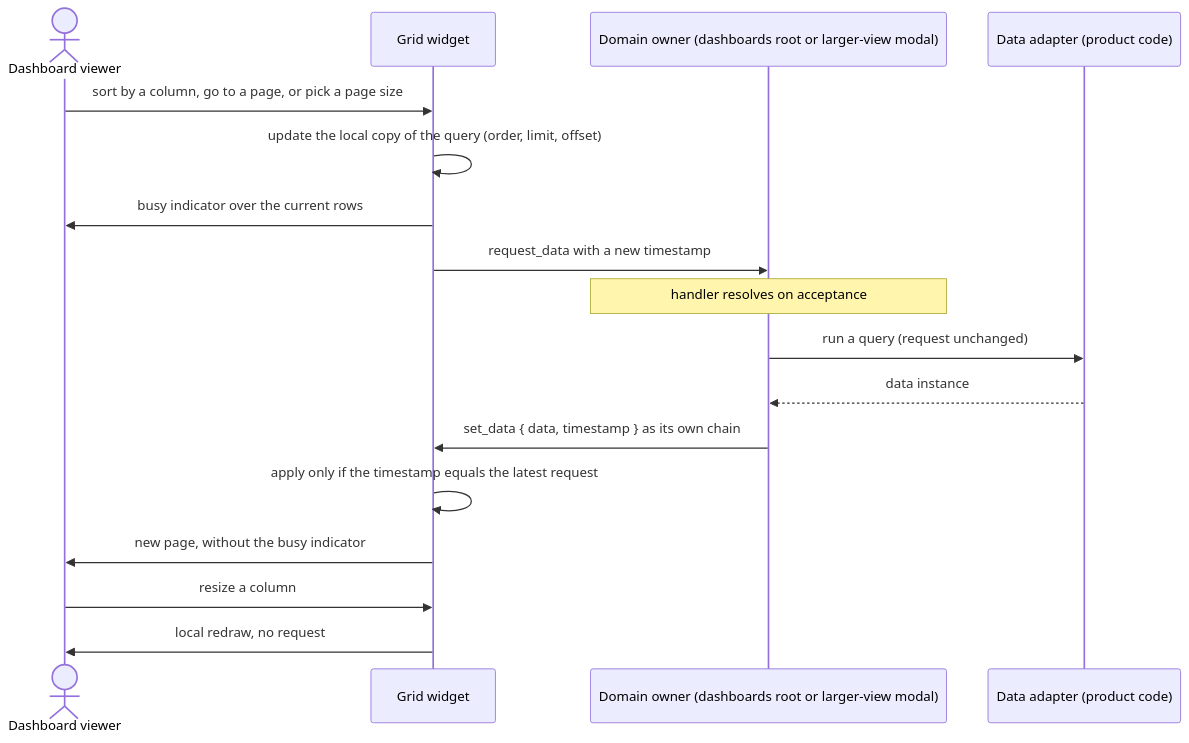
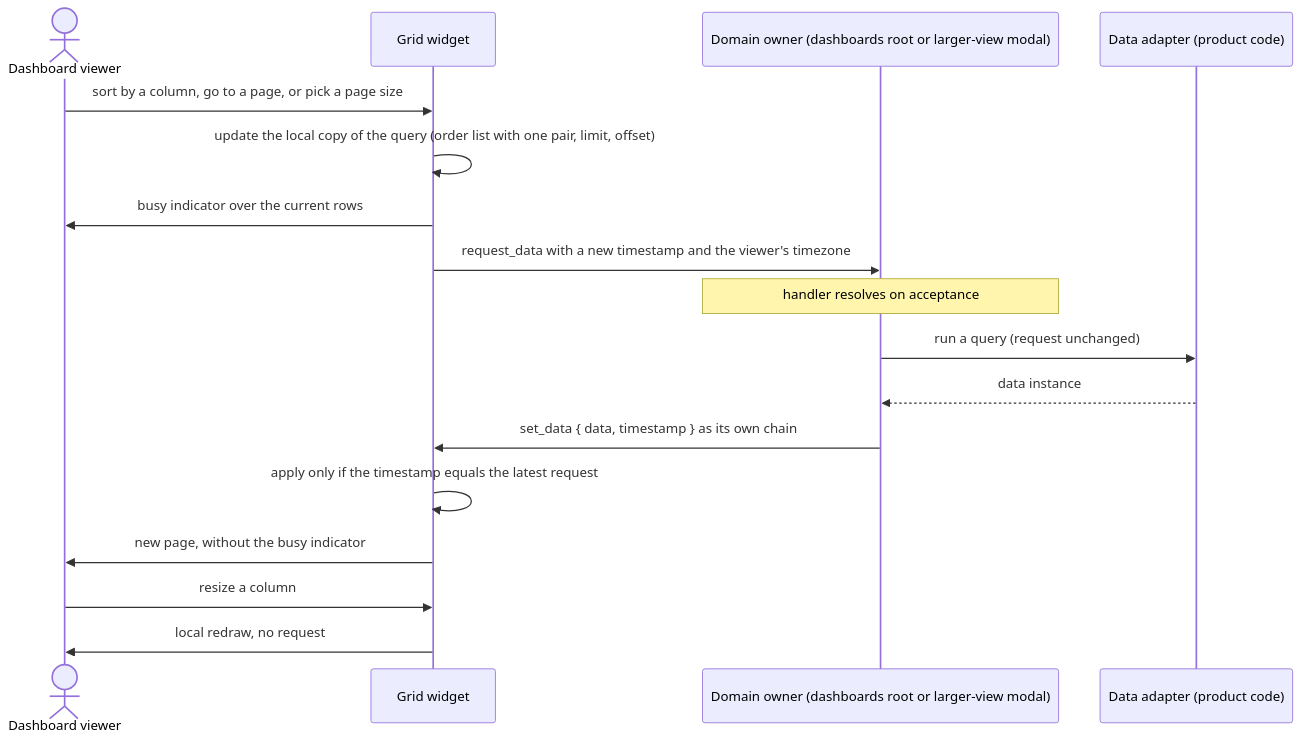
Before and after one commit to AndrejK666/gears-frontx-templates: the fourth of 11 diagrams in template-dashboard/architecture/DESIGN.md, drawn with Mermaid. The commit also changed other lines of this file and 16 other files, not shown here.

Commit message:
docs: data query is updated to follow cube's format

````diff
--- a/template-dashboard/architecture/DESIGN.md
+++ b/template-dashboard/architecture/DESIGN.md
@@ -1043,20 +1095,20 @@
 ```mermaid
 sequenceDiagram
     actor U as Dashboard viewer
     participant W as Grid widget
     participant O as Domain owner (dashboards root or larger-view modal)
     participant DA as Data adapter (product code)
 
     U->>W: sort by a column, go to a page, or pick a page size
-    W->>W: update the local copy of the query (order, limit, offset)
+    W->>W: update the local copy of the query (order list with one pair, limit, offset)
     W->>U: busy indicator over the current rows
-    W->>O: request_data with a new timestamp
+    W->>O: request_data with a new timestamp and the viewer's timezone
     Note over O: handler resolves on acceptance
     O->>DA: run a query (request unchanged)
     DA-->>O: data instance
     O->>W: set_data { data, timestamp } as its own chain
     W->>W: apply only if the timestamp equals the latest request
     W->>U: new page, without the busy indicator
     U->>W: resize a column
     W->>U: local redraw, no request
 ```
````
